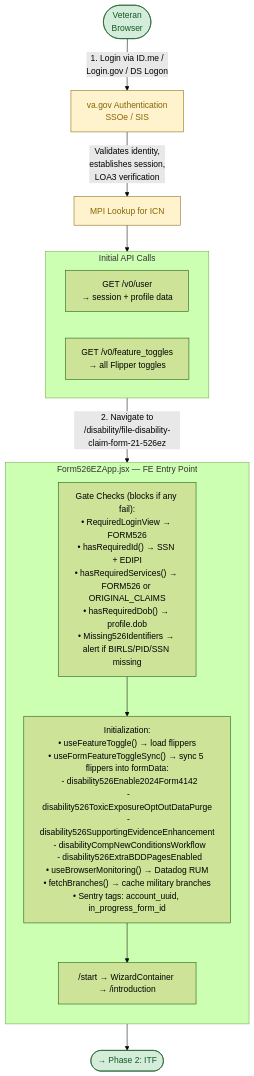
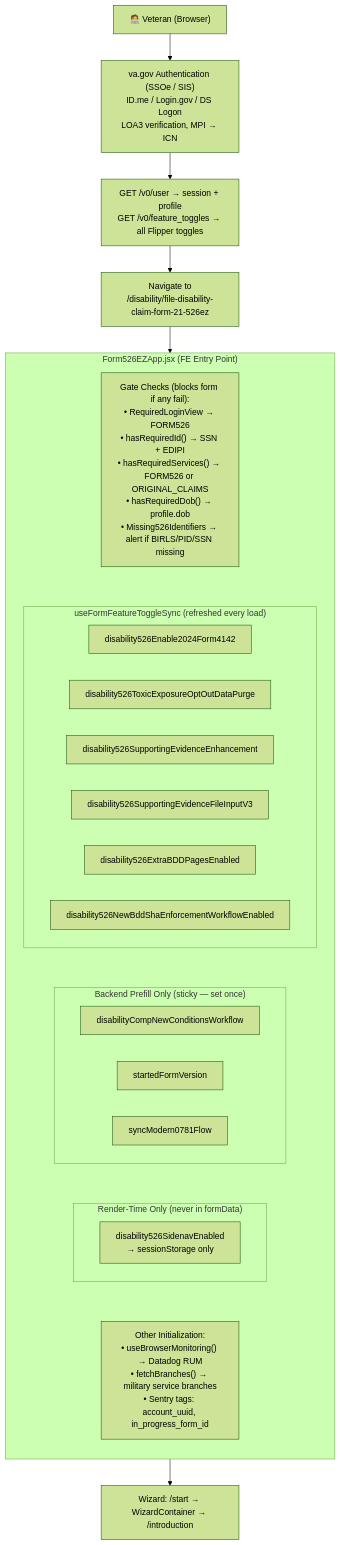
One commit to Ninjaneer321/va.gov-team changed the first of 16 diagrams in products/disability/526ez/form526_architecture_flow.md. Above: the diagram before and after it, drawn with Mermaid (forest theme). The commit also changed other lines of this file, not shown here.

Commit message:
Updated architecture diagram with useFormFeatureToggleSync

````diff
--- a/products/disability/526ez/form526_architecture_flow.md
+++ b/products/disability/526ez/form526_architecture_flow.md
@@ -6,32 +18,38 @@
 ```mermaid
-graph TD
-    VET([Veteran<br/>Browser]) -->|1. Login via ID.me /<br/>Login.gov / DS Logon| AUTH[va.gov Authentication<br/>SSOe / SIS]
-    AUTH -->|Validates identity,<br/>establishes session,<br/>LOA3 verification| MPI_LOOKUP[MPI Lookup for ICN]
-    MPI_LOOKUP --> API_CALLS
+flowchart TD
+    Veteran["🧑‍💻 Veteran (Browser)"]
+    Auth["va.gov Authentication (SSOe / SIS)<br/>ID.me / Login.gov / DS Logon<br/>LOA3 verification, MPI → ICN"]
+    APIs["GET /v0/user → session + profile<br/>GET /v0/feature_toggles → all Flipper toggles"]
+    Nav["Navigate to<br/>/disability/file-disability-claim-form-21-526ez"]
 
-    subgraph API_CALLS[" Initial API Calls "]
-        GET_USER["GET /v0/user<br/>→ session + profile data"]
-        GET_TOGGLES["GET /v0/feature_toggles<br/>→ all Flipper toggles"]
+    subgraph Entry["Form526EZApp.jsx (FE Entry Point)"]
+        direction TB
+        Gates["Gate Checks (blocks form if any fail):<br/>• RequiredLoginView → FORM526<br/>• hasRequiredId() → SSN + EDIPI<br/>• hasRequiredServices() → FORM526 or ORIGINAL_CLAIMS<br/>• hasRequiredDob() → profile.dob<br/>• Missing526Identifiers → alert if BIRLS/PID/SSN missing"]
+
+        subgraph Synced["useFormFeatureToggleSync (refreshed every load)"]
+            S1["disability526Enable2024Form4142"]
+            S2["disability526ToxicExposureOptOutDataPurge"]
+            S3["disability526SupportingEvidenceEnhancement"]
+            S4["disability526SupportingEvidenceFileInputV3"]
+            S5["disability526ExtraBDDPagesEnabled"]
+            S6["disability526NewBddShaEnforcementWorkflowEnabled"]
+        end
+
+        subgraph Prefill["Backend Prefill Only (sticky — set once)"]
+            P1["disabilityCompNewConditionsWorkflow"]
+            P2["startedFormVersion"]
+            P3["syncModern0781Flow"]
+        end
+
+        subgraph RenderOnly["Render-Time Only (never in formData)"]
+            R1["disability526SidenavEnabled<br/>→ sessionStorage only"]
+        end
+
+        Init["Other Initialization:<br/>• useBrowserMonitoring() → Datadog RUM<br/>• fetchBranches() → military service branches<br/>• Sentry tags: account_uuid, in_progress_form_id"]
     end
 
-    API_CALLS -->|2. Navigate to<br/>/disability/file-disability-claim-form-21-526ez| APP
+    Wizard["Wizard: /start → WizardContainer → /introduction"]
 
-    subgraph APP["Form526EZApp.jsx — FE Entry Point"]
-        direction TB
-        GATES["Gate Checks (blocks if any fail):<br/>• RequiredLoginView → FORM526<br/>• hasRequiredId() → SSN + EDIPI<br/>• hasRequiredServices() → FORM526 or ORIGINAL_CLAIMS<br/>• hasRequiredDob() → profile.dob<br/>• Missing526Identifiers → alert if BIRLS/PID/SSN missing"]
-
-        INIT["Initialization:<br/>• useFeatureToggle() → load flippers<br/>• useFormFeatureToggleSync() → sync 5 flippers into formData:<br/>  - disability526Enable2024Form4142<br/>  - disability526ToxicExposureOptOutDataPurge<br/>  - disability526SupportingEvidenceEnhancement<br/>  - disabilityCompNewConditionsWorkflow<br/>  - disability526ExtraBDDPagesEnabled<br/>• useBrowserMonitoring() → Datadog RUM<br/>• fetchBranches() → cache military branches<br/>• Sentry tags: account_uuid, in_progress_form_id"]
-
-        WIZARD["/start → WizardContainer → /introduction"]
-
-        GATES --> INIT --> WIZARD
-    end
-
-    APP --> ITF_PHASE([→ Phase 2: ITF])
-
-    classDef endpoint fill:#d4edda,stroke:#155724,color:#155724
-    classDef process fill:#d1ecf1,stroke:#0c5460,color:#0c5460
-    classDef external fill:#fff3cd,stroke:#856404,color:#856404
-    class VET,ITF_PHASE endpoint
-    class AUTH,MPI_LOOKUP external
+    Veteran --> Auth --> APIs --> Nav --> Entry --> Wizard
+    Gates ~~~ Synced ~~~ Prefill ~~~ RenderOnly ~~~ Init
 ```
````
